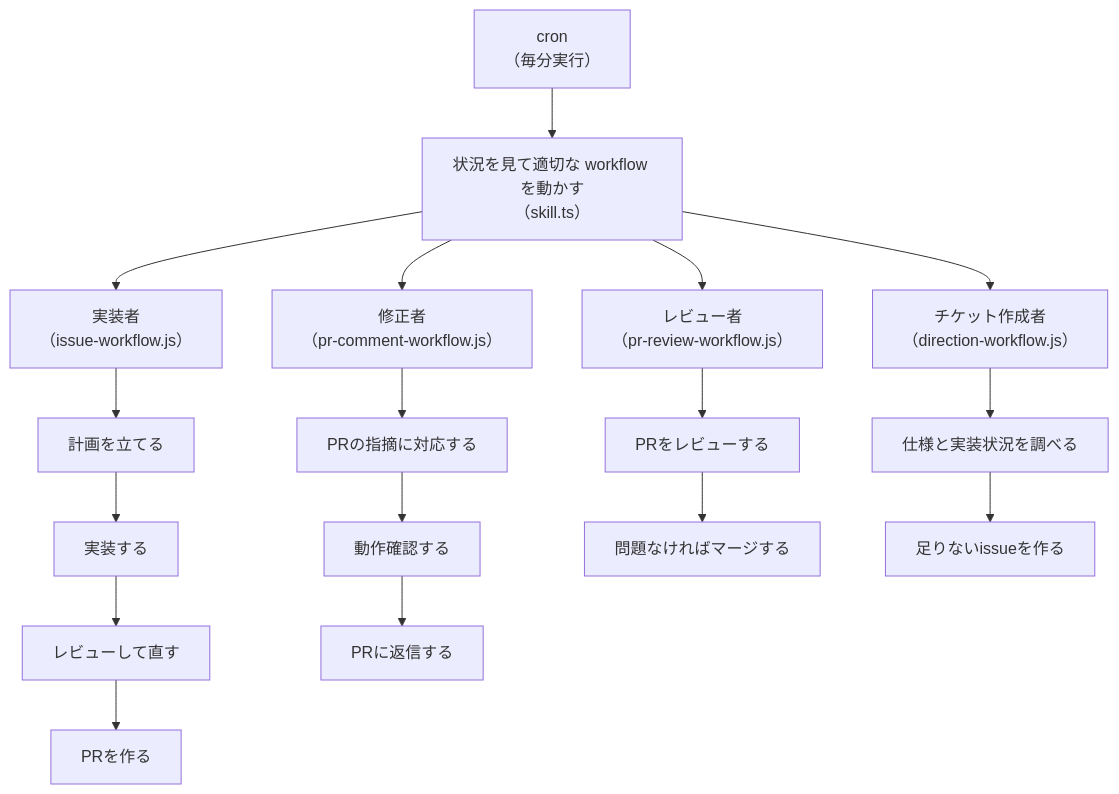
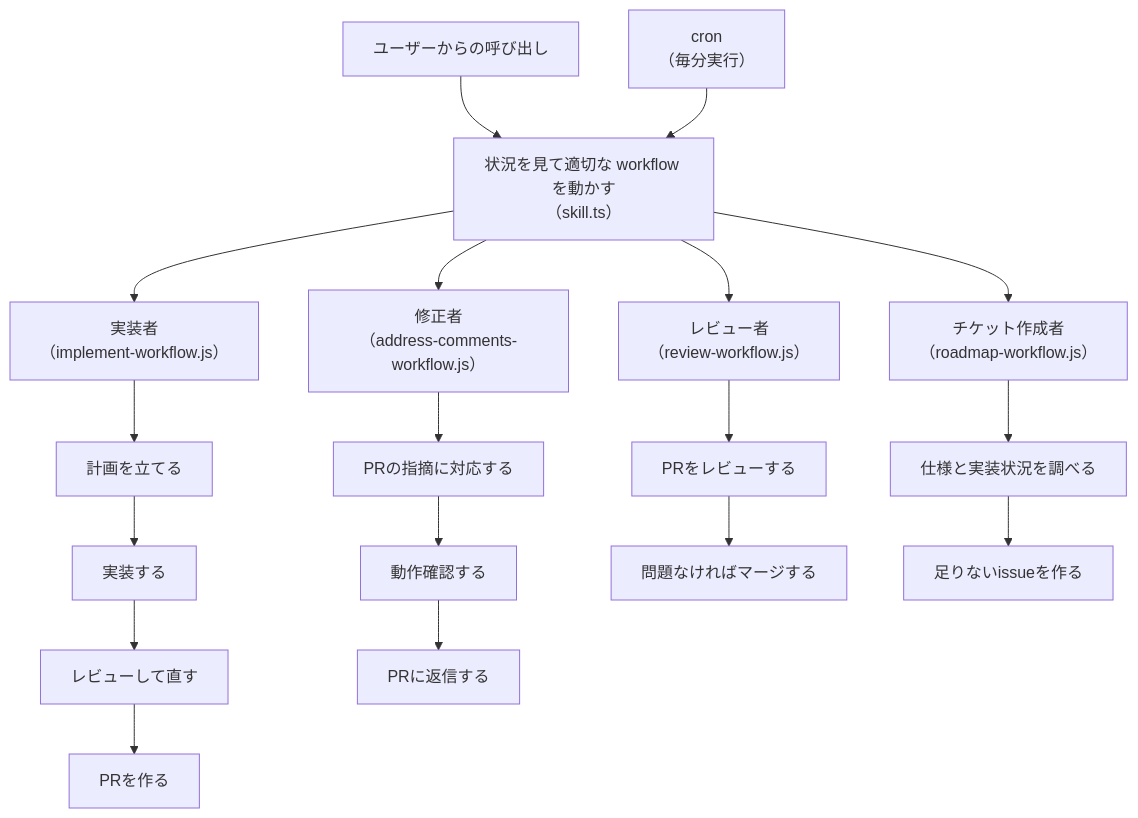
Before and after one commit to skbnzs09vbq/cc: the diagram in docs/workflow.md, drawn with Mermaid. The commit also changed other lines of this file and 33 other files, not shown here.

````diff
--- a/docs/workflow.md
+++ b/docs/workflow.md
@@ -161,16 +166,17 @@
 ```mermaid
 flowchart TD
+    UserPrompt["ユーザーからの呼び出し"] --> SkillTs
     Cron["cron<br/>（毎分実行）"] --> SkillTs["状況を見て適切な workflow を動かす<br/>（skill.ts）"]
 
-    SkillTs --> IW0["実装者<br/>（issue-workflow.js）"]
+    SkillTs --> IW0["実装者<br/>（implement-workflow.js）"]
     IW0 --> IW1[計画を立てる] --> IW2[実装する] --> IW3[レビューして直す] --> IW4[PRを作る]
 
-    SkillTs --> PC0["修正者<br/>（pr-comment-workflow.js）"]
+    SkillTs --> PC0["修正者<br/>（address-comments-workflow.js）"]
     PC0 --> PC1[PRの指摘に対応する] --> PC2[動作確認する] --> PC3[PRに返信する]
 
-    SkillTs --> PR0["レビュー者<br/>（pr-review-workflow.js）"]
+    SkillTs --> PR0["レビュー者<br/>（review-workflow.js）"]
     PR0 --> PR1[PRをレビューする] --> PR2[問題なければマージする]
 
-    SkillTs --> DW0["チケット作成者<br/>（direction-workflow.js）"]
+    SkillTs --> DW0["チケット作成者<br/>（roadmap-workflow.js）"]
     DW0 --> DW1[仕様と実装状況を調べる] --> DW2[足りないissueを作る]
 ```
````
